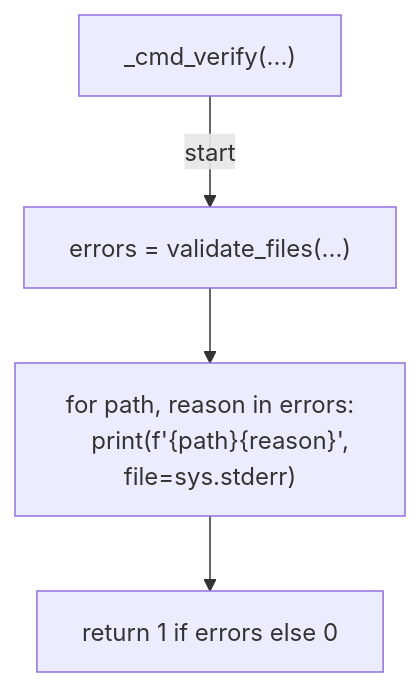
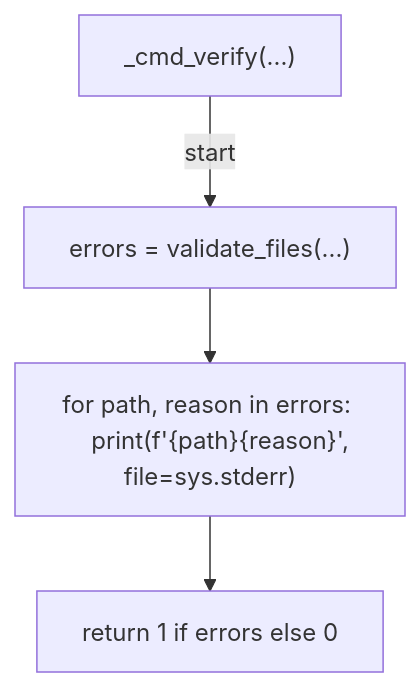
Before and after one commit to tvna/claude-md: the second of 3 diagrams in docs/generated/scripts/ast/validate_json_syntax.md, drawn with Mermaid. The commit also changed other lines of this file and 15 other files, not shown here.

First line of the commit message:
docs(generated): regenerate decision tree and workflow diagrams (batch 5/5)

````diff
--- a/docs/generated/scripts/ast/validate_json_syntax.md
+++ b/docs/generated/scripts/ast/validate_json_syntax.md
@@ -29,11 +20,10 @@
 ```mermaid
 flowchart TD
     N001["_cmd_verify(...)"]
     N002["errors = validate_files(...)"]
-    N003["for path, reason in errors:
-    print(f'<str>{path}<str>{reason}', file=sys.stderr)"]
+    N003["for path, reason in errors:     print(f'<str>{path}<str>{reason}', file=sys.stderr)"]
     N004["return 1 if errors else 0"]
     N001 -->|"start"| N002
     N002 --> N003
     N003 --> N004
 ```
````
